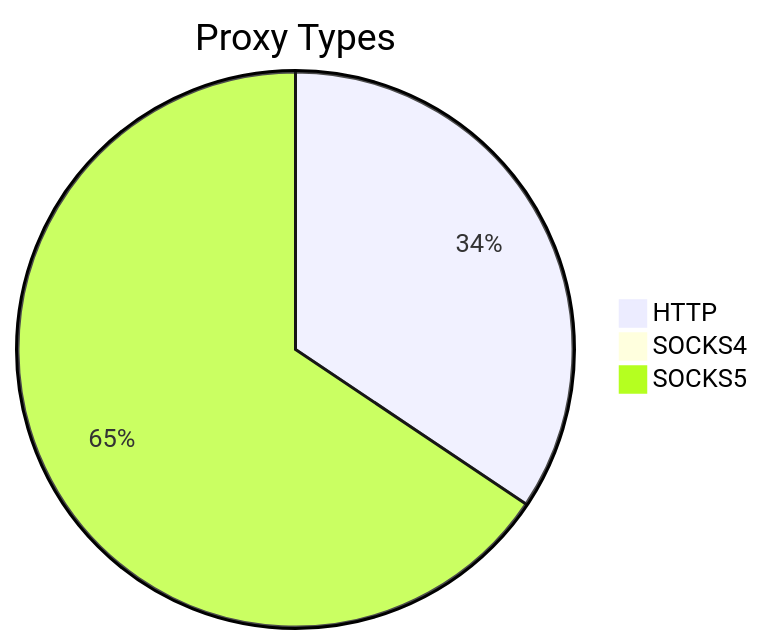
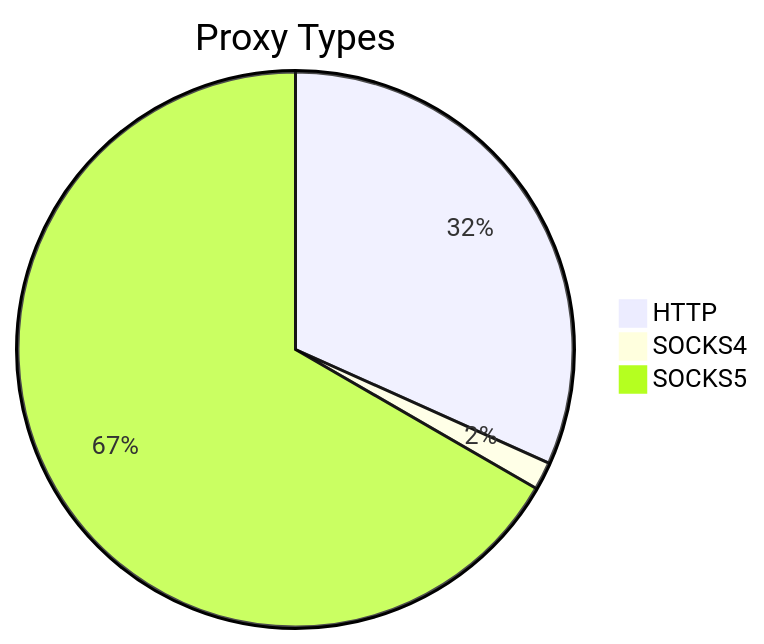
One commit to stormsia/proxy-list changed the first of 2 diagrams in README.md. Above: the diagram before and after it, drawn with Mermaid. The commit also changed other lines of this file, not shown here.

````diff
--- a/README.md
+++ b/README.md
@@ -21,6 +21,6 @@
 ```mermaid
 pie title Proxy Types
-    "HTTP" : 75
+    "HTTP" : 39
     "SOCKS4" : 2
-    "SOCKS5" : 143
+    "SOCKS5" : 82
 ```
````
